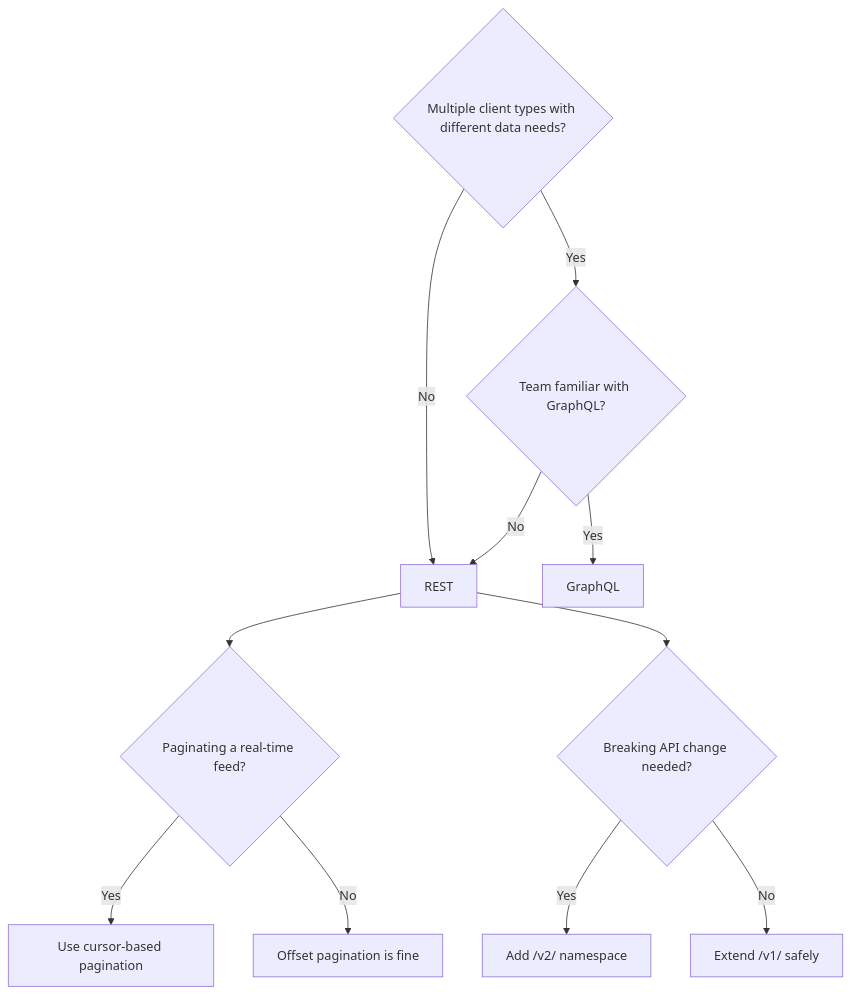
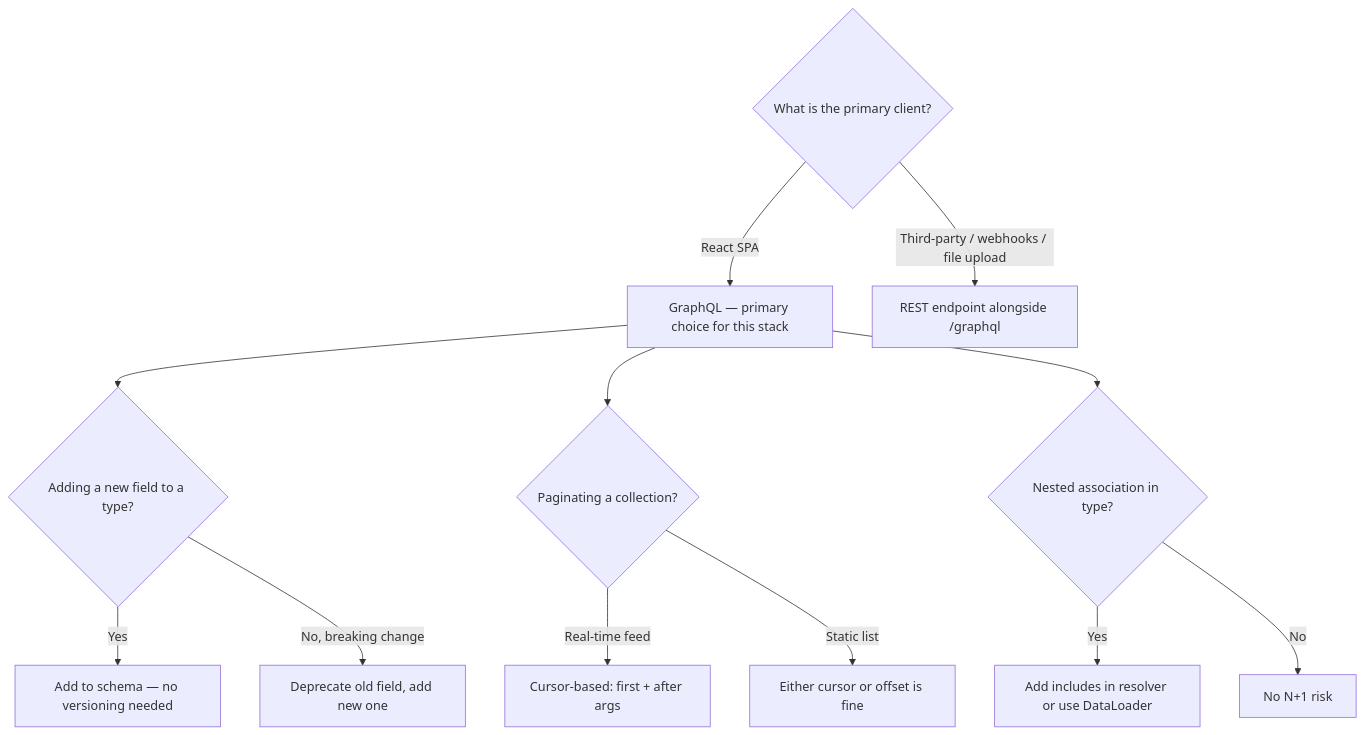
The second of 2 diagrams in ysk/interview-prep/05-system-design-api-graphql/05-system-design-api-graphql.md (snesjhon/snesjhon), drawn with Mermaid before and after one commit. The commit also changed other lines of this file and 63 other files, not shown here.

````diff
--- a/ysk/interview-prep/05-system-design-api-graphql/05-system-design-api-graphql.md
+++ b/ysk/interview-prep/05-system-design-api-graphql/05-system-design-api-graphql.md
@@ -375,17 +376,18 @@
 ```mermaid
 graph TD
-    Q1{Multiple client types with different data needs?}
-    Q1 -- Yes --> Q2{Team familiar with GraphQL?}
-    Q1 -- No --> REST
+    Q0{What is the primary client?}
+    Q0 -- React SPA --> GraphQL[GraphQL — primary choice for this stack]
+    Q0 -- Third-party / webhooks / file upload --> REST[REST endpoint alongside /graphql]
 
-    Q2 -- Yes --> GraphQL
-    Q2 -- No --> REST
+    GraphQL --> Q1{Adding a new field to a type?}
+    Q1 -- Yes --> AddField[Add to schema — no versioning needed]
+    Q1 -- No, breaking change --> Deprecate[Deprecate old field, add new one]
 
-    REST --> Q3{Paginating a real-time feed?}
-    Q3 -- Yes --> Cursor[Use cursor-based pagination]
-    Q3 -- No --> Offset[Offset pagination is fine]
+    GraphQL --> Q2{Paginating a collection?}
+    Q2 -- Real-time feed --> Cursor[Cursor-based: first + after args]
+    Q2 -- Static list --> Either[Either cursor or offset is fine]
 
-    REST --> Q4{Breaking API change needed?}
-    Q4 -- Yes --> V2[Add /v2/ namespace]
-    Q4 -- No --> V1[Extend /v1/ safely]
+    GraphQL --> Q3{Nested association in type?}
+    Q3 -- Yes --> Includes[Add includes in resolver or use DataLoader]
+    Q3 -- No --> Done[No N+1 risk]
 ```
````
